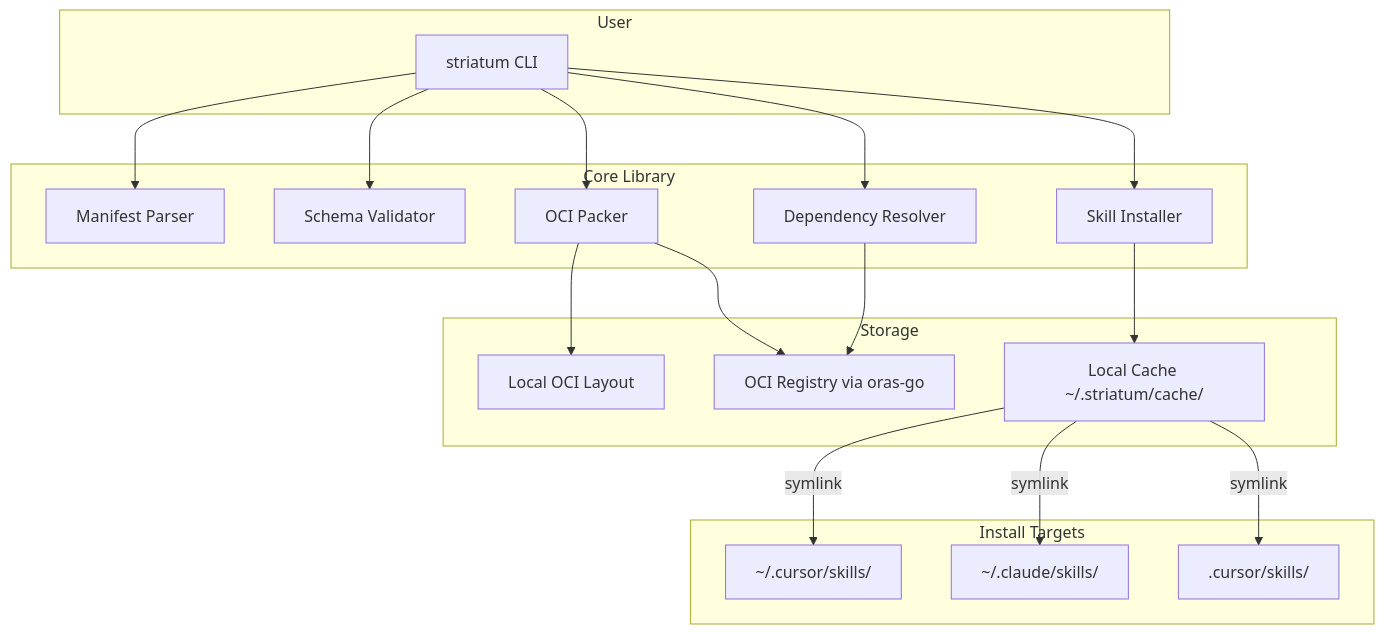
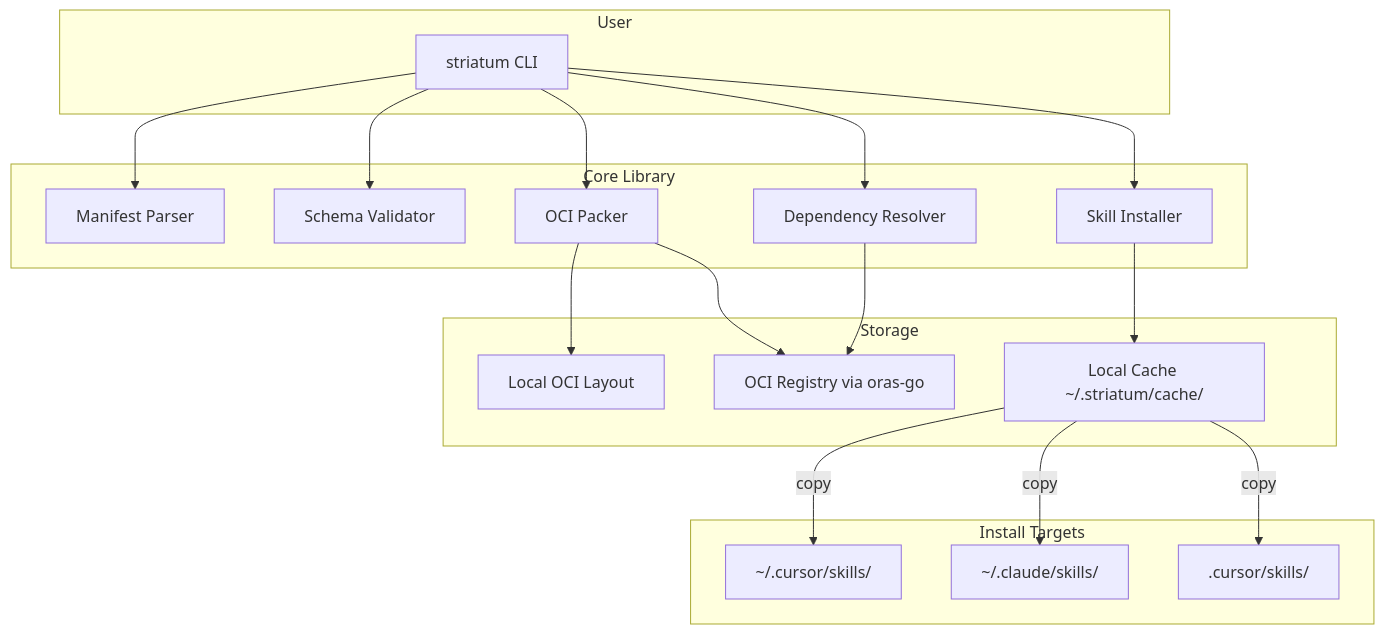
One commit to hbelmiro/striatum changed the diagram in docs/MVP.md. Above: the diagram before and after it, drawn with Mermaid. The commit also changed other lines of this file and 9 other files, not shown here.

````diff
--- a/docs/MVP.md
+++ b/docs/MVP.md
@@ -381,39 +371,39 @@
 ```mermaid
 flowchart TD
     subgraph userLayer [User]
         CLI[striatum CLI]
     end
 
     subgraph coreLayer [Core Library]
         Manifest[Manifest Parser]
         Validator[Schema Validator]
         Packer[OCI Packer]
         Resolver[Dependency Resolver]
         Installer[Skill Installer]
     end
 
     subgraph storageLayer [Storage]
         LocalOCI[Local OCI Layout]
         RemoteReg[OCI Registry via oras-go]
         Cache["Local Cache ~/.striatum/cache/"]
     end
 
     subgraph targetLayer [Install Targets]
         CursorDir["~/.cursor/skills/"]
         ClaudeDir["~/.claude/skills/"]
         ProjectDir[".cursor/skills/"]
     end
 
     CLI --> Manifest
     CLI --> Validator
     CLI --> Packer
     CLI --> Resolver
     CLI --> Installer
     Packer --> LocalOCI
     Packer --> RemoteReg
     Resolver --> RemoteReg
     Installer --> Cache
-    Cache -->|symlink| CursorDir
-    Cache -->|symlink| ClaudeDir
-    Cache -->|symlink| ProjectDir
+    Cache -->|copy| CursorDir
+    Cache -->|copy| ClaudeDir
+    Cache -->|copy| ProjectDir
 ```
````
